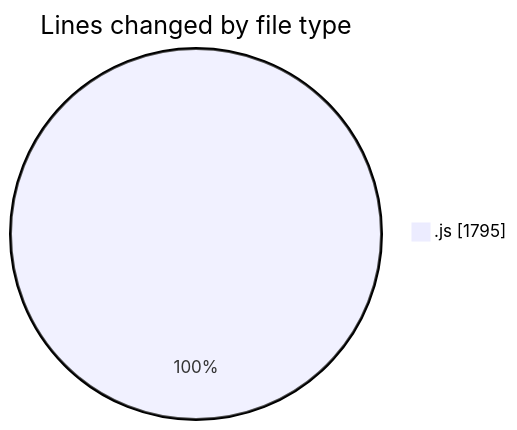
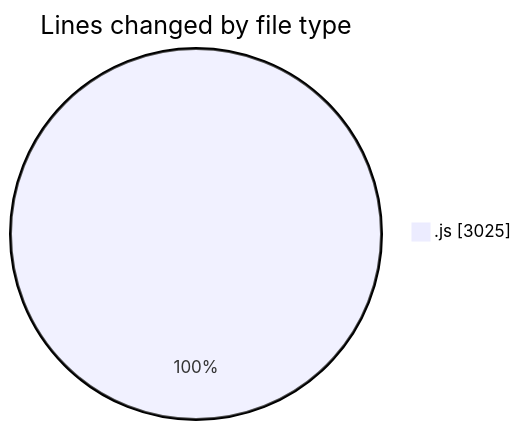
The first of 2 diagrams in 2025-09-24/nxtqube_webapp/README.md (nxtqubesakshisongat/code-tracking), drawn with Mermaid before and after one commit. The commit also changed other lines of this file and 1 other file, not shown here.

````diff
--- a/2025-09-24/nxtqube_webapp/README.md
+++ b/2025-09-24/nxtqube_webapp/README.md
@@ -21,5 +21,5 @@
 ```mermaid
 pie showData
 title Lines changed by file type
-".js" : 1795
+".js" : 3025
 ```
````
